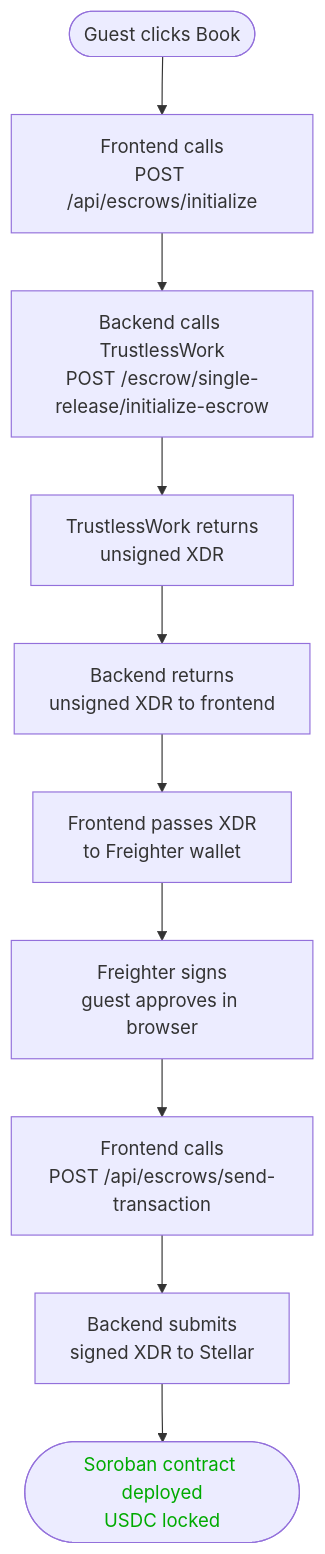
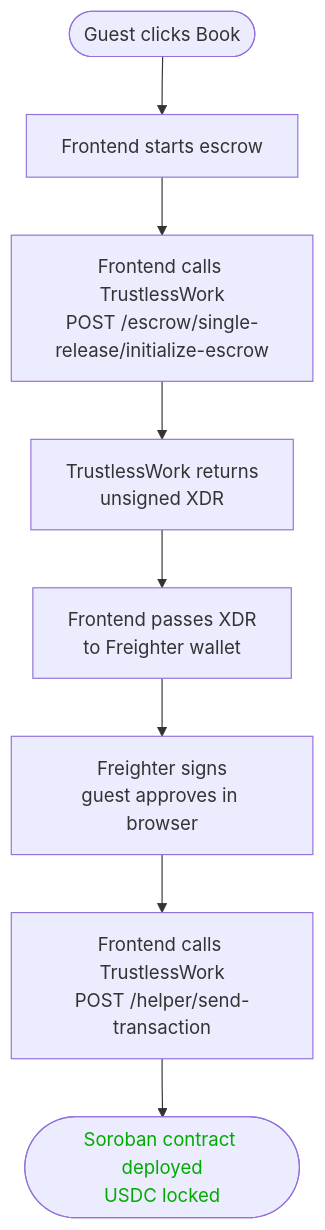
Before and after one commit to safetrustcr/backend-SafeTrust: the fourth of 5 diagrams in docs/architecture/overview.md, drawn with Mermaid. The commit also changed other lines of this file, not shown here.

Commit message:
docs(architecture): document frontend-managed XDR submission

````diff
--- a/docs/architecture/overview.md
+++ b/docs/architecture/overview.md
@@ -95,14 +109,12 @@
 ```mermaid
 flowchart TD
-    A([Guest clicks Book]) --> B[Frontend calls\nPOST /api/escrows/initialize]
-    B --> C[Backend calls TrustlessWork\nPOST /escrow/single-release/initialize-escrow]
+    A([Guest clicks Book]) --> B[Frontend starts escrow]
+    B --> C[Frontend calls TrustlessWork\nPOST /escrow/single-release/initialize-escrow]
     C --> D[TrustlessWork returns\nunsigned XDR]
-    D --> E[Backend returns\nunsigned XDR to frontend]
-    E --> F[Frontend passes XDR\nto Freighter wallet]
+    D --> F[Frontend passes XDR\nto Freighter wallet]
     F --> G[Freighter signs\nguest approves in browser]
-    G --> H[Frontend calls\nPOST /api/escrows/send-transaction]
-    H --> I[Backend submits\nsigned XDR to Stellar]
-    I --> J([Soroban contract deployed\nUSDC locked])
+    G --> H[Frontend calls TrustlessWork\nPOST /helper/send-transaction]
+    H --> J([Soroban contract deployed\nUSDC locked])
 
     style J color:#00aa00
 ```
````
